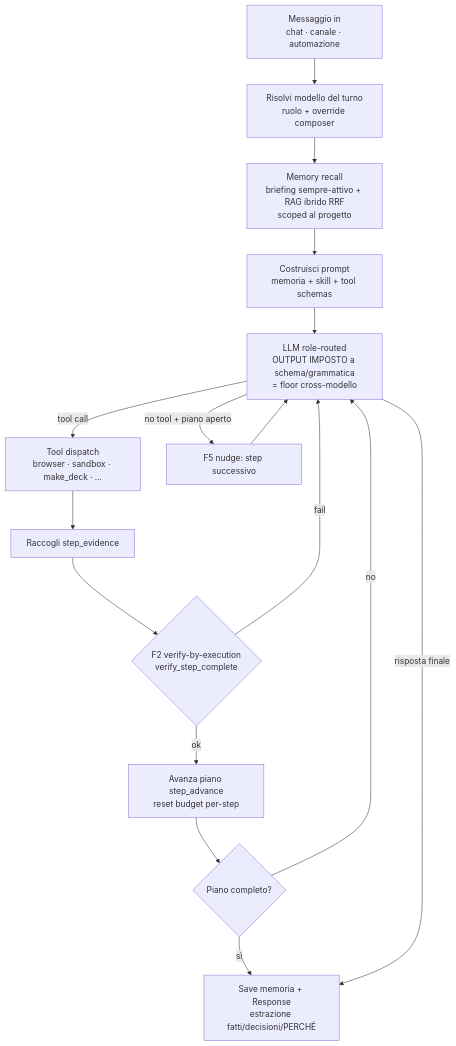
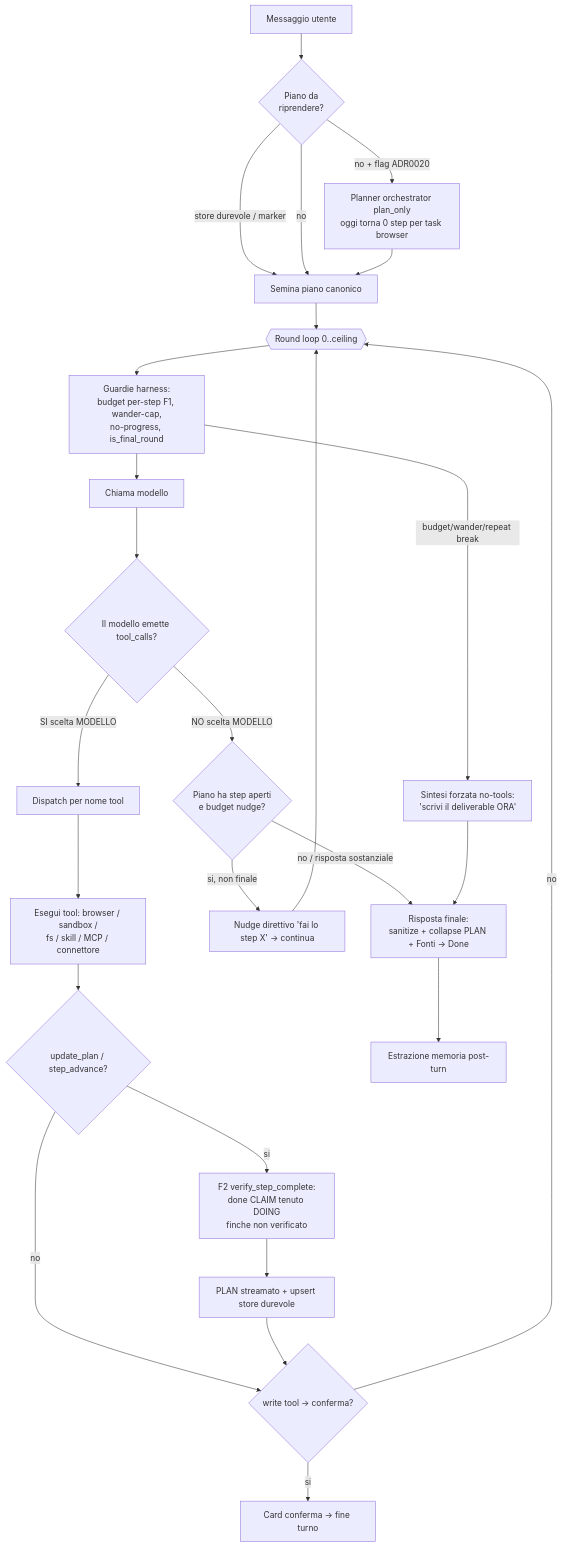
One commit to homun-app/homun-core changed the diagram in docs/architecture/agent-loop.md. Above: the diagram before and after it, drawn with Mermaid. The commit also changed other lines of this file and 10 other files, not shown here.

First line of the commit message:
docs(architecture): reverse-engineer every subsystem + foundations-up plan

````diff
--- a/docs/architecture/agent-loop.md
+++ b/docs/architecture/agent-loop.md
@@ -17,17 +20,32 @@
 ```mermaid
 flowchart TD
-  IN[Messaggio in<br/>chat · canale · automazione] --> CFG[Risolvi modello del turno<br/>ruolo + override composer]
-  CFG --> RECALL[Memory recall<br/>briefing sempre-attivo + RAG ibrido RRF<br/>scoped al progetto]
-  RECALL --> PROMPT[Costruisci prompt<br/>memoria + skill + tool schemas]
-  PROMPT --> LLM[LLM role-routed<br/>OUTPUT IMPOSTO a schema/grammatica<br/>= floor cross-modello]
-  LLM -->|tool call| DISP[Tool dispatch<br/>browser · sandbox · make_deck · …]
-  DISP --> EVID[Raccogli step_evidence]
-  EVID --> VER{F2 verify-by-execution<br/>verify_step_complete}
-  VER -->|ok| ADV[Avanza piano step_advance<br/>reset budget per-step]
-  VER -->|fail| LLM
-  ADV --> STOP{Piano completo?}
-  STOP -->|no| LLM
-  STOP -->|sì| OUT
-  LLM -->|no tool + piano aperto| NUDGE[F5 nudge: step successivo] --> LLM
-  LLM -->|risposta finale| OUT[Save memoria + Response<br/>estrazione fatti/decisioni/PERCHÉ]
+    REQ[Messaggio utente] --> SEED{Piano da<br/>riprendere?}
+    SEED -- "store durevole / marker" --> PLAN0[Semina piano canonico]
+    SEED -- "no + flag ADR0020" --> ORCH[Planner orchestrator plan_only<br/>oggi torna 0 step per task browser]
+    SEED -- no --> PLAN0
+    ORCH --> PLAN0
+    PLAN0 --> LOOP{{Round loop 0..ceiling}}
+
+    LOOP --> GUARD[Guardie harness:<br/>budget per-step F1, wander-cap,<br/>no-progress, is_final_round]
+    GUARD -- "budget/wander/repeat break" --> SYNTH
+    GUARD --> CALL[Chiama modello]
+    CALL --> FORK{Il modello emette tool_calls?}
+
+    FORK -- "SI scelta MODELLO" --> DISP[Dispatch per nome tool]
+    DISP --> EXEC[Esegui tool: browser / sandbox /<br/>fs / skill / MCP / connettore]
+    EXEC --> PLANUPD{update_plan / step_advance?}
+    PLANUPD -- si --> F2[F2 verify_step_complete:<br/>done CLAIM tenuto DOING<br/>finche non verificato]
+    F2 --> MARK[PLAN streamato + upsert store durevole]
+    PLANUPD -- no --> CONFIRM{write tool → conferma?}
+    MARK --> CONFIRM
+    CONFIRM -- "si" --> ENDC[Card conferma → fine turno]
+    CONFIRM -- no --> LOOP
+
+    FORK -- "NO scelta MODELLO" --> NUDGE{Piano ha step aperti<br/>e budget nudge?}
+    NUDGE -- "si, non finale" --> DIR[Nudge direttivo 'fai lo step X' → continua]
+    DIR --> LOOP
+    NUDGE -- "no / risposta sostanziale" --> FINAL[Risposta finale:<br/>sanitize + collapse PLAN + Fonti → Done]
+
+    SYNTH[Sintesi forzata no-tools:<br/>'scrivi il deliverable ORA'] --> FINAL
+    FINAL --> MEM[Estrazione memoria post-turn]
 ```
````
